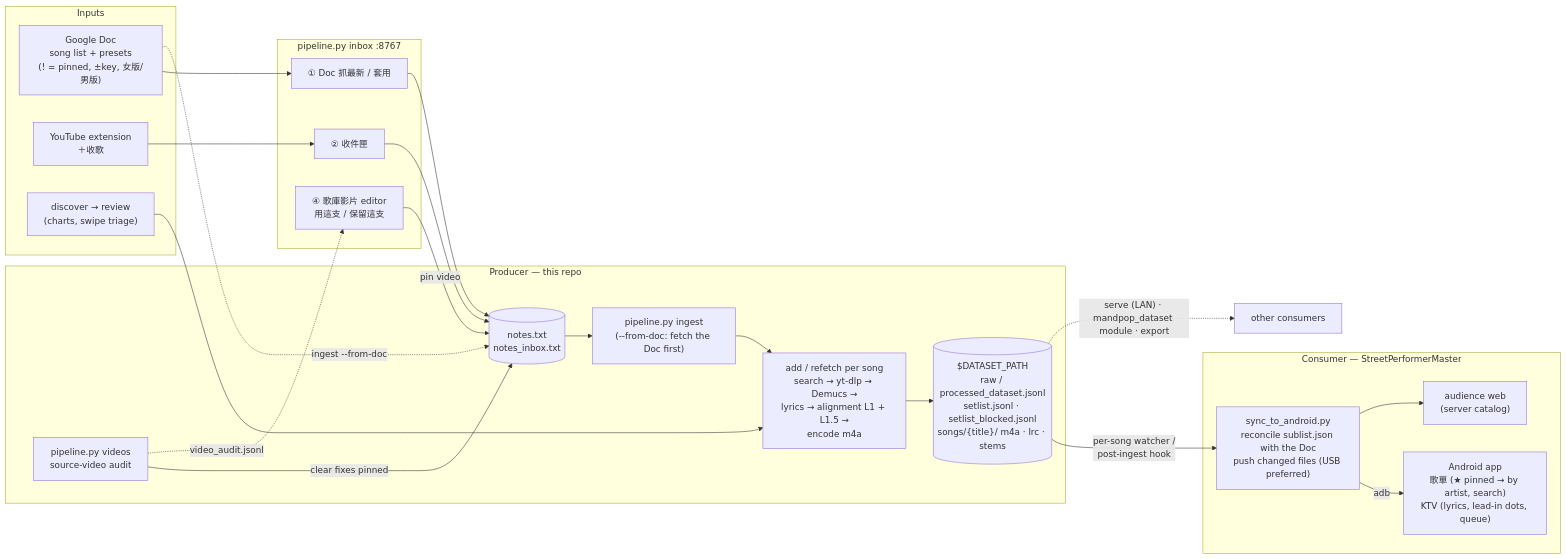
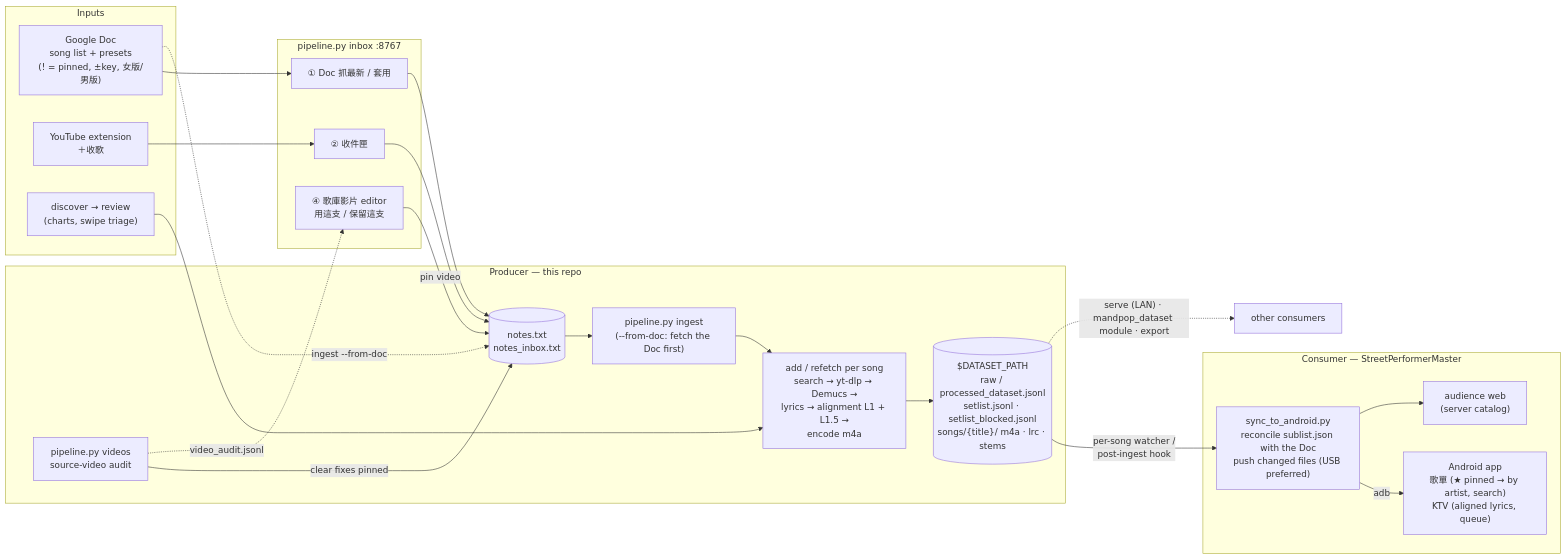
The diagram in README.md (puddings-world/MandpopDataPipeline), drawn with Mermaid before and after one commit. The commit also changed other lines of this file and 20 other files, not shown here.

````diff
--- a/README.md
+++ b/README.md
@@ -13,41 +13,41 @@
 ```mermaid
 flowchart LR
   subgraph IN["Inputs"]
     DOC["Google Doc<br/>song list + presets<br/>(! = pinned, ±key, 女版/男版)"]
     EXT["YouTube extension<br/>＋收歌"]
     DISC["discover → review<br/>(charts, swipe triage)"]
   end
 
   subgraph INBOX["pipeline.py inbox  :8767"]
     P1["① Doc 抓最新 / 套用"]
     P2["② 收件匣"]
     P4["④ 歌庫影片 editor<br/>用這支 / 保留這支"]
   end
 
   subgraph FACTORY["Producer — this repo"]
     NOTES[("notes.txt<br/>notes_inbox.txt")]
     ING["pipeline.py ingest<br/>(--from-doc: fetch the Doc first)"]
     ADD["add / refetch per song<br/>search → yt-dlp → Demucs →<br/>lyrics → alignment L1 + L1.5 →<br/>encode m4a"]
     VID["pipeline.py videos<br/>source-video audit"]
     DATA[("$DATASET_PATH<br/>raw / processed_dataset.jsonl<br/>setlist.jsonl · setlist_blocked.jsonl<br/>songs/{title}/ m4a · lrc · stems")]
   end
 
   subgraph SPM["Consumer — StreetPerformerMaster"]
     SYNC["sync_to_android.py<br/>reconcile sublist.json with the Doc<br/>push changed files (USB preferred)"]
-    APP["Android app<br/>歌單 (★ pinned → by artist, search)<br/>KTV (lyrics, lead-in dots, queue)"]
+    APP["Android app<br/>歌單 (★ pinned → by artist, search)<br/>KTV (aligned lyrics, queue)"]
     WEB["audience web<br/>(server catalog)"]
   end
 
   DOC --> P1 --> NOTES
   DOC -. "ingest --from-doc" .-> NOTES
   EXT --> P2 --> NOTES
   P4 -- "pin video" --> NOTES
   DISC --> ADD
   NOTES --> ING --> ADD --> DATA
   VID -- "clear fixes pinned" --> NOTES
   VID -. "video_audit.jsonl" .-> P4
   DATA -- "per-song watcher /<br/>post-ingest hook" --> SYNC
   SYNC -- "adb" --> APP
   SYNC --> WEB
   DATA -. "serve (LAN) · mandpop_dataset module · export" .-> OTHER["other consumers"]
 ```
````
